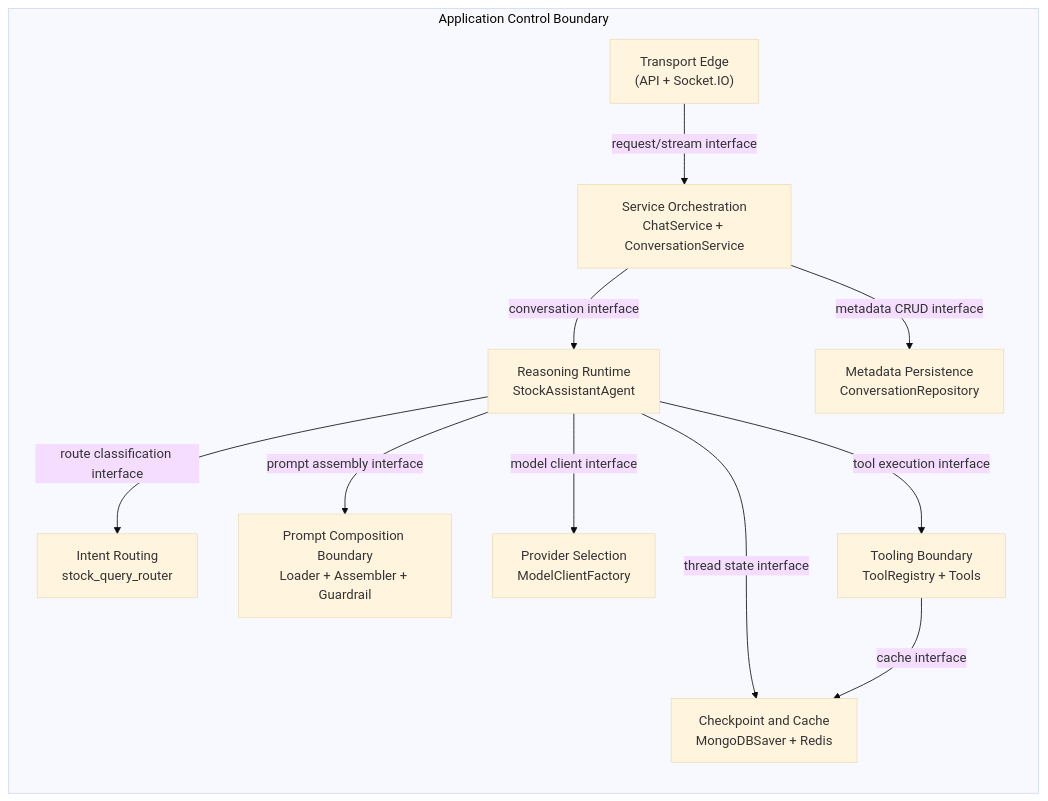
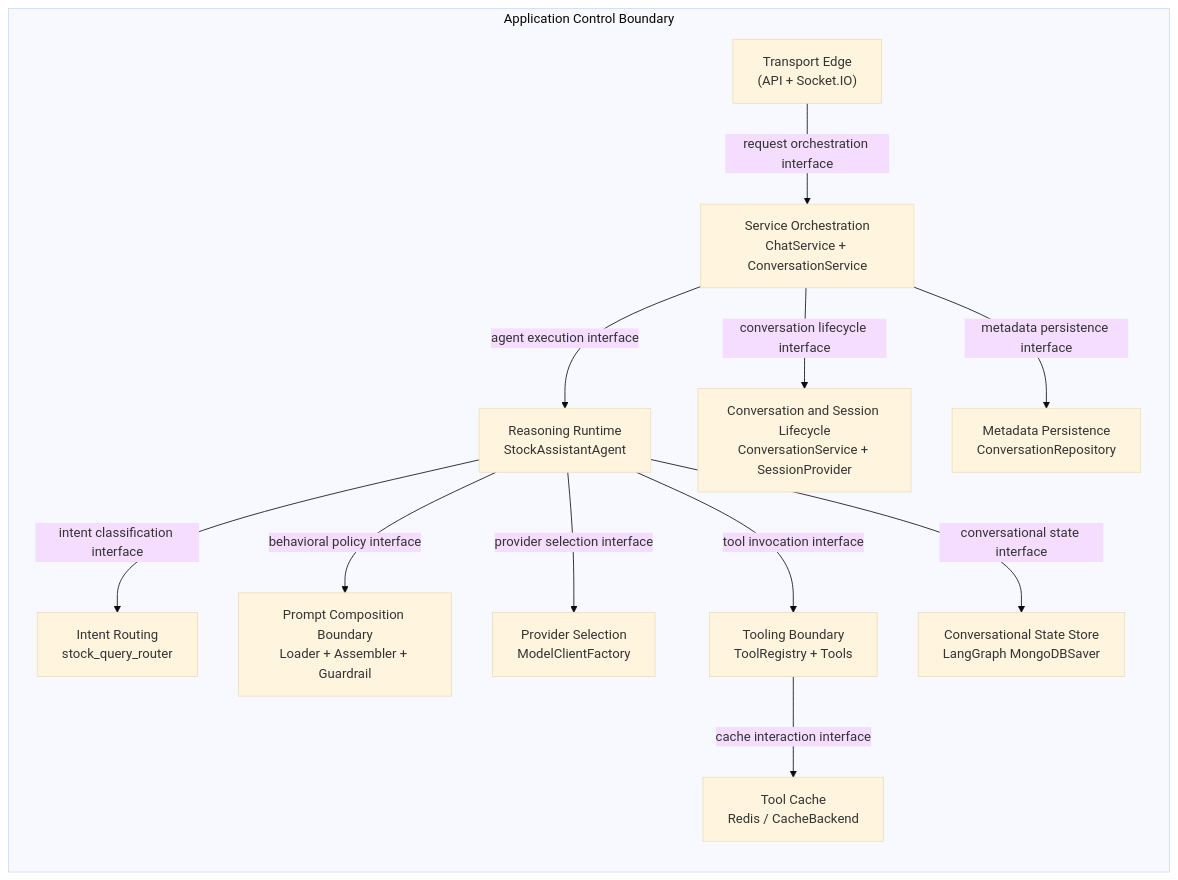
The third of 11 diagrams in docs/domains/agent/ARCHITECTURE_DESIGN.md (d-dragon/dp-stock-investment-assistant), drawn with Mermaid (base theme) before and after one commit. The commit also changed other lines of this file and 1 other file, not shown here.

First line of the commit message:
docs(agent): refine/align interface vocabulary and description across architecture docs

````diff
--- a/docs/domains/agent/ARCHITECTURE_DESIGN.md
+++ b/docs/domains/agent/ARCHITECTURE_DESIGN.md
@@ -330,24 +353,27 @@
 ```mermaid
 flowchart LR
   subgraph App["Application Control Boundary"]
     Routes["Transport Edge\n(API + Socket.IO)"]
     Orch["Service Orchestration\nChatService + ConversationService"]
+    LifeSvc["Conversation and Session Lifecycle\nConversationService + SessionProvider"]
     Runtime["Reasoning Runtime\nStockAssistantAgent"]
     PromptComp["Prompt Composition Boundary\nLoader + Assembler + Guardrail"]
     Router["Intent Routing\nstock_query_router"]
     ModelSel["Provider Selection\nModelClientFactory"]
     ToolReg["Tooling Boundary\nToolRegistry + Tools"]
     Repo["Metadata Persistence\nConversationRepository"]
-    Mem["Checkpoint and Cache\nMongoDBSaver + Redis"]
+    CheckpointStore["Conversational State Store\nLangGraph MongoDBSaver"]
+    CacheStore["Tool Cache\nRedis / CacheBackend"]
   end
 
-  Routes -->|"request/stream interface"| Orch
-  Orch -->|"conversation interface"| Runtime
-  Runtime -->|"route classification interface"| Router
-  Runtime -->|"prompt assembly interface"| PromptComp
-  Runtime -->|"model client interface"| ModelSel
-  Runtime -->|"tool execution interface"| ToolReg
-  Orch -->|"metadata CRUD interface"| Repo
-  Runtime -->|"thread state interface"| Mem
-  ToolReg -->|"cache interface"| Mem
+  Routes -->|"request orchestration interface"| Orch
+  Orch -->|"agent execution interface"| Runtime
+  Orch -->|"conversation lifecycle interface"| LifeSvc
+  Runtime -->|"intent classification interface"| Router
+  Runtime -->|"behavioral policy interface"| PromptComp
+  Runtime -->|"provider selection interface"| ModelSel
+  Runtime -->|"tool invocation interface"| ToolReg
+  Orch -->|"metadata persistence interface"| Repo
+  Runtime -->|"conversational state interface"| CheckpointStore
+  ToolReg -->|"cache interaction interface"| CacheStore
 ```
````
